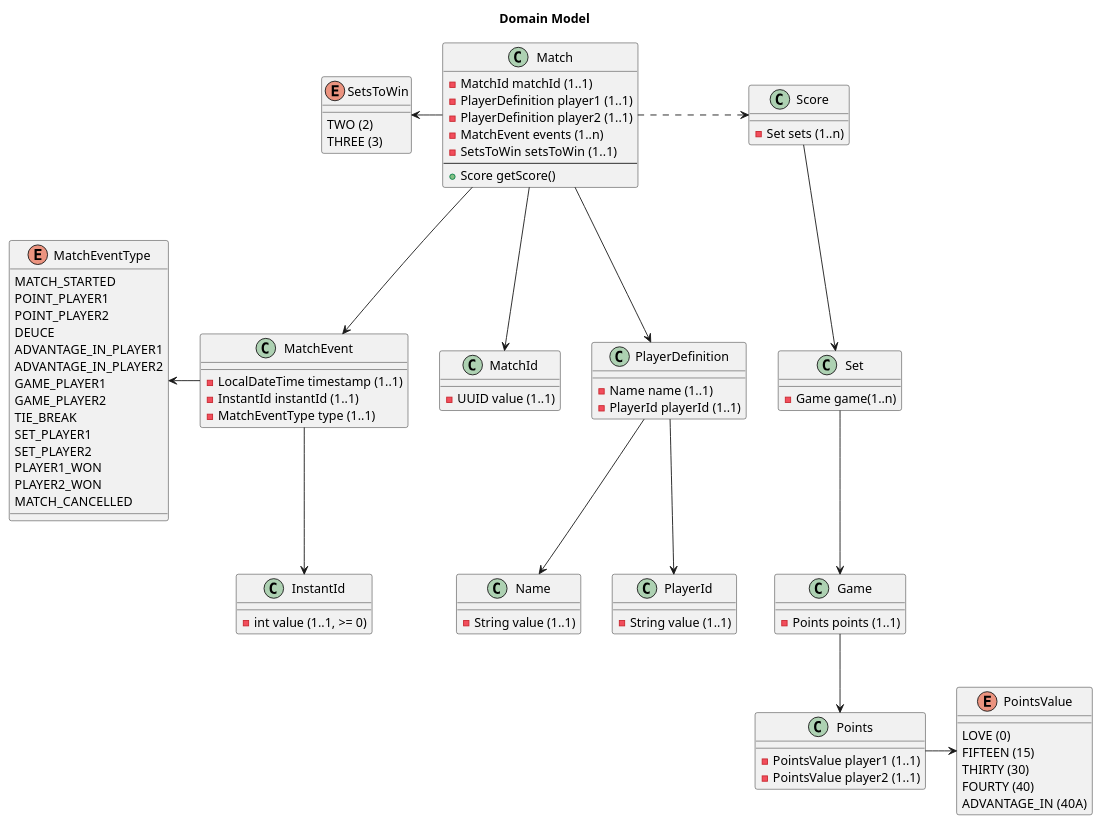
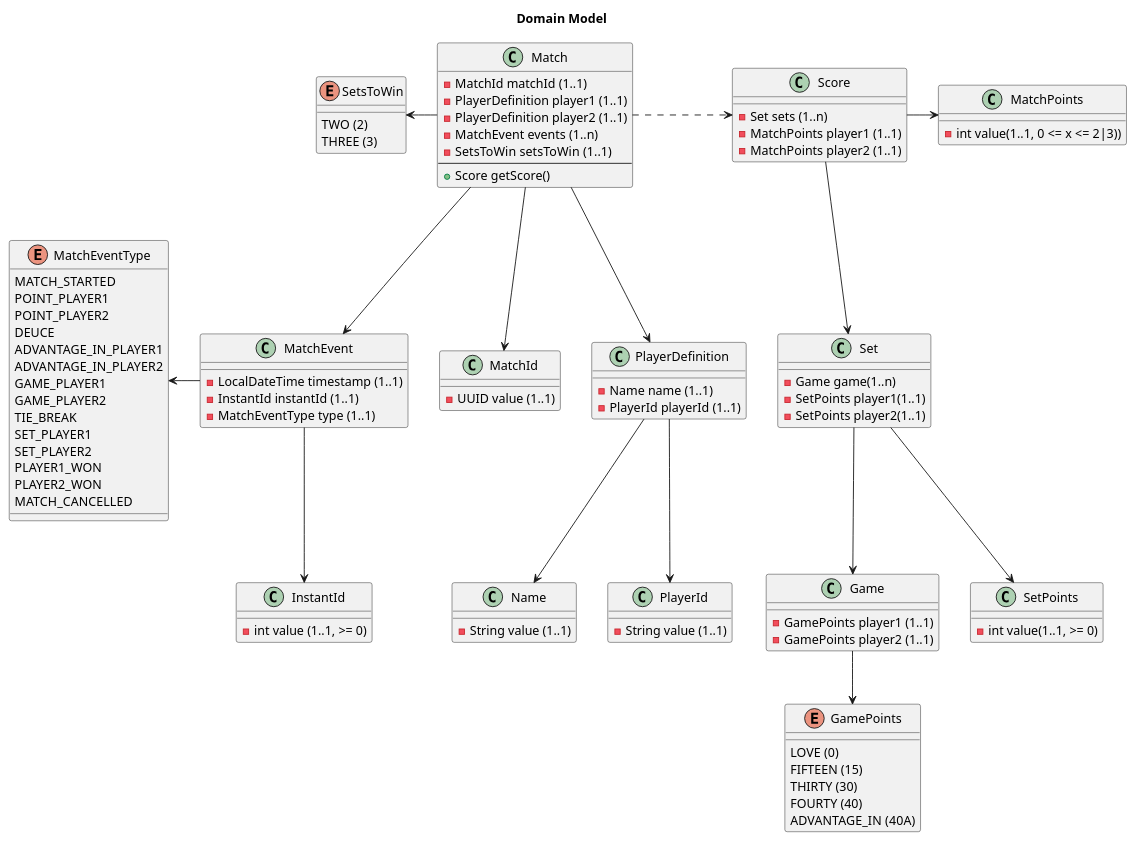
Before and after one commit to TristanoSuriani/Tennis-Kata: the diagram in docs/model.puml, drawn with PlantUML. The commit also changed 12 other files, not shown here.

```diff
--- a/docs/model.puml
+++ b/docs/model.puml
@@ -1,104 +1,113 @@
 @startuml
 
 title Domain Model
 
 class Match {
   -MatchId matchId (1..1)
   -PlayerDefinition player1 (1..1)
   -PlayerDefinition player2 (1..1)
   -MatchEvent events (1..n)
   -SetsToWin setsToWin (1..1)
   --
   +Score getScore()
 }
 
 class MatchId {
     -UUID value (1..1)
 }
 
 enum SetsToWin {
     TWO (2)
     THREE (3)
 }
 
 class MatchEvent {
     -LocalDateTime timestamp (1..1)
     -InstantId instantId (1..1)
     -MatchEventType type (1..1)
 }
 
 enum MatchEventType {
     MATCH_STARTED
     POINT_PLAYER1
     POINT_PLAYER2
     DEUCE
     ADVANTAGE_IN_PLAYER1
     ADVANTAGE_IN_PLAYER2
     GAME_PLAYER1
     GAME_PLAYER2
     TIE_BREAK
     SET_PLAYER1
     SET_PLAYER2
     PLAYER1_WON
     PLAYER2_WON
     MATCH_CANCELLED
 }
 
 class Score {
     -Set sets (1..n)
+    -MatchPoints player1 (1..1)
+    -MatchPoints player2 (1..1)
+}
+
+class MatchPoints {
+    -int value(1..1, 0 <= x <= 2|3))
 }
 
 class Game {
-    -Points points (1..1)
+    -GamePoints player1 (1..1)
+    -GamePoints player2 (1..1)
 }
 
-class Points {
-    -PointsValue player1 (1..1)
-    -PointsValue player2 (1..1)
-}
-
-enum PointsValue {
+enum GamePoints {
     LOVE (0)
     FIFTEEN (15)
     THIRTY (30)
     FOURTY (40)
     ADVANTAGE_IN (40A)
 }
 
 class Set {
     -Game game(1..n)
+    -SetPoints player1(1..1)
+    -SetPoints player2(1..1)
+}
+
+class SetPoints {
+    -int value(1..1, >= 0)
 }
 
 class PlayerDefinition {
     -Name name (1..1)
     -PlayerId playerId (1..1)
 }
 
 class Name {
     -String value (1..1)
 }
 
 class PlayerId {
     -String value (1..1)
 }
 
 class InstantId {
     -int value (1..1, >= 0)
 }
 
 Match -down-> MatchId
 Match -down-> MatchEvent
 Match -left-> SetsToWin
 MatchEvent -left-> MatchEventType
 MatchEvent -down-> InstantId
 
 Match .right-> Score
 Score -down-> Set
+Score -right-> MatchPoints
 Set -down-> Game
-Game -down-> Points
-Points -right-> PointsValue
+Set -down-> SetPoints
+Game -down-> GamePoints
 
 Match -down-> PlayerDefinition
 PlayerDefinition -down-> Name
 PlayerDefinition -down-> PlayerId
 @enduml
```
